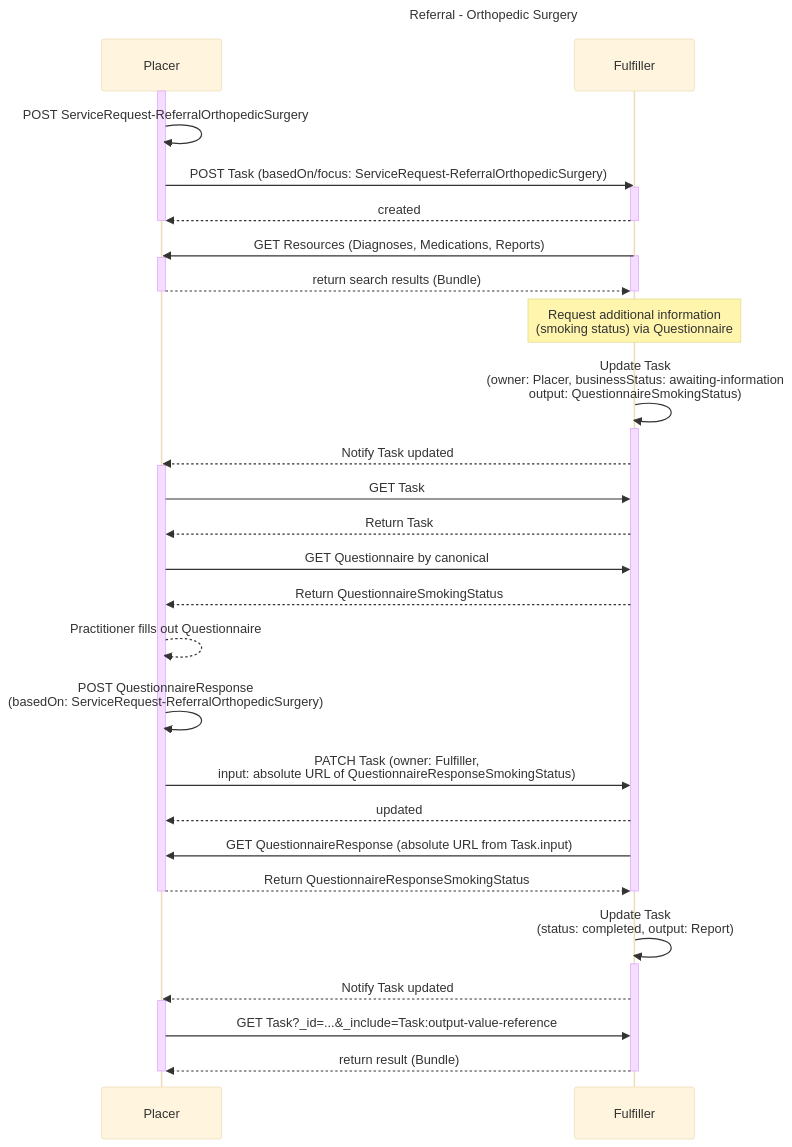
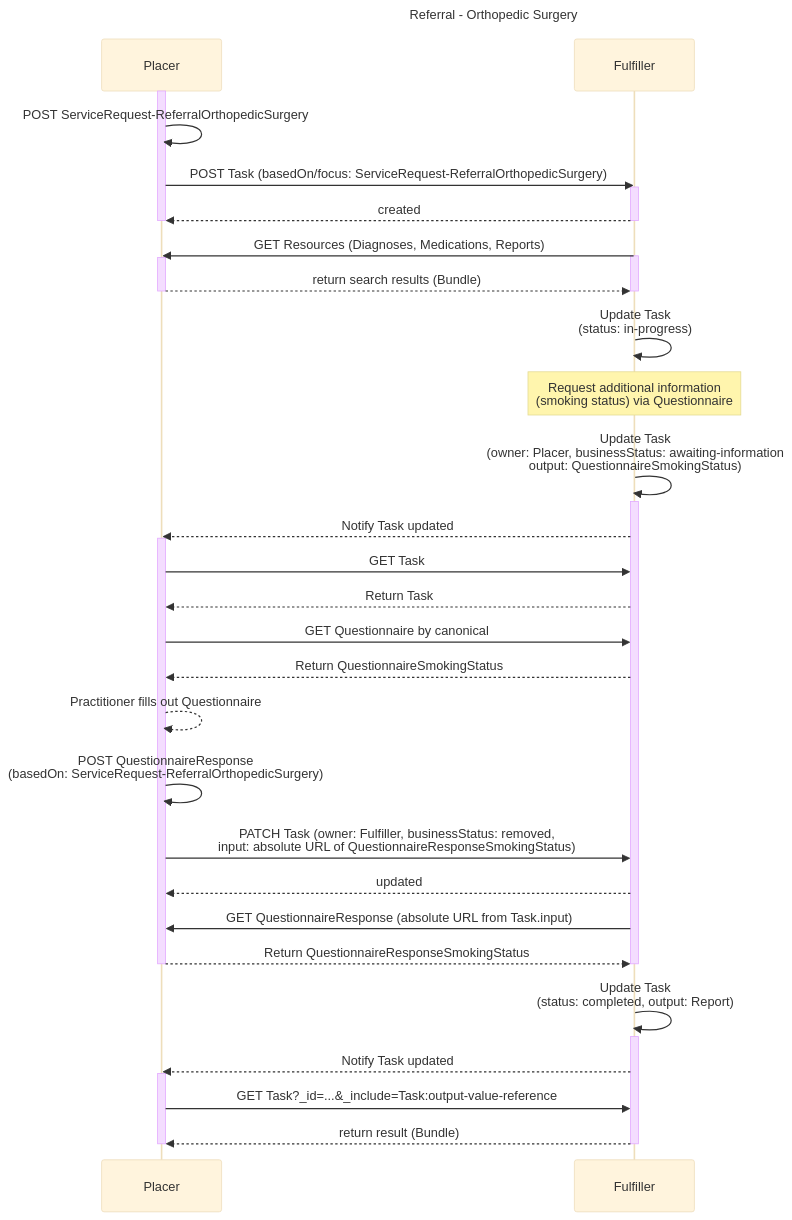
Before and after one commit to umzhconnect/umzhconnect-ig: the diagram in input/pagecontent/usecase-referral-orthopedic.md, drawn with Mermaid (base theme). The commit also changed 7 other files, not shown here.

````diff
--- a/input/pagecontent/usecase-referral-orthopedic.md
+++ b/input/pagecontent/usecase-referral-orthopedic.md
@@ -20,50 +20,52 @@
 ```mermaid
 sequenceDiagram
     title Referral - Orthopedic Surgery
 
     participant Placer as Placer
     participant Fulfiller as Fulfiller
     activate Placer
     Placer->>Placer: POST ServiceRequest-ReferralOrthopedicSurgery
     Placer->>Fulfiller: POST Task (basedOn/focus: ServiceRequest-ReferralOrthopedicSurgery)
     activate Fulfiller
     Fulfiller-->>Placer: created
     deactivate Placer
     deactivate Fulfiller
 
     Fulfiller->>Placer: GET Resources (Diagnoses, Medications, Reports)
     activate Fulfiller
     activate Placer
     Placer-->>Fulfiller: return search results (Bundle)
     deactivate Fulfiller
     deactivate Placer
 
+    Fulfiller->>Fulfiller: Update Task<br/>(status: in-progress)
+
     Note over Fulfiller: Request additional information<br/>(smoking status) via Questionnaire
     Fulfiller->>Fulfiller: Update Task<br/>(owner: Placer, businessStatus: awaiting-information<br/>output: QuestionnaireSmokingStatus)
     activate Fulfiller
     Fulfiller-->>Placer: Notify Task updated
     activate Placer
     Placer->>Fulfiller: GET Task
     Fulfiller-->>Placer: Return Task
     Placer->>Fulfiller: GET Questionnaire by canonical
     Fulfiller-->>Placer: Return QuestionnaireSmokingStatus
     Placer-->>Placer: Practitioner fills out Questionnaire
     Placer->>Placer: POST QuestionnaireResponse<br/>(basedOn: ServiceRequest-ReferralOrthopedicSurgery)
-    Placer->>Fulfiller: PATCH Task (owner: Fulfiller,<br/>input: absolute URL of QuestionnaireResponseSmokingStatus)
+    Placer->>Fulfiller: PATCH Task (owner: Fulfiller, businessStatus: removed,<br/>input: absolute URL of QuestionnaireResponseSmokingStatus)
     Fulfiller-->>Placer: updated
     Fulfiller->>Placer: GET QuestionnaireResponse (absolute URL from Task.input)
     Placer-->>Fulfiller: Return QuestionnaireResponseSmokingStatus
     deactivate Placer
     deactivate Fulfiller
 
     Fulfiller->>Fulfiller: Update Task<br/>(status: completed, output: Report)
     activate Fulfiller
     Fulfiller-->>Placer: Notify Task updated
     activate Placer
     Placer->> Fulfiller: GET Task?_id=...&_include=Task:output-value-reference
     Fulfiller-->>Placer: return result (Bundle)
     deactivate Placer
     deactivate Fulfiller
 
 
 ```
````
